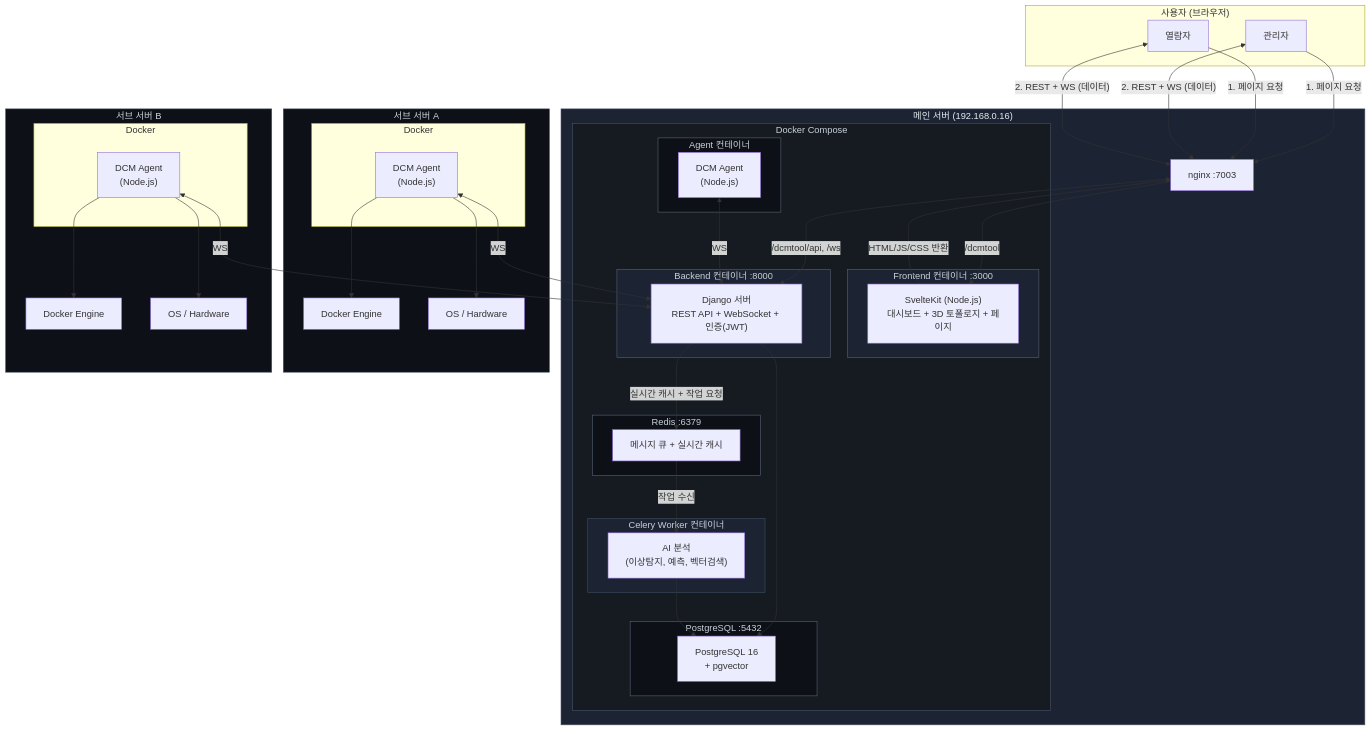
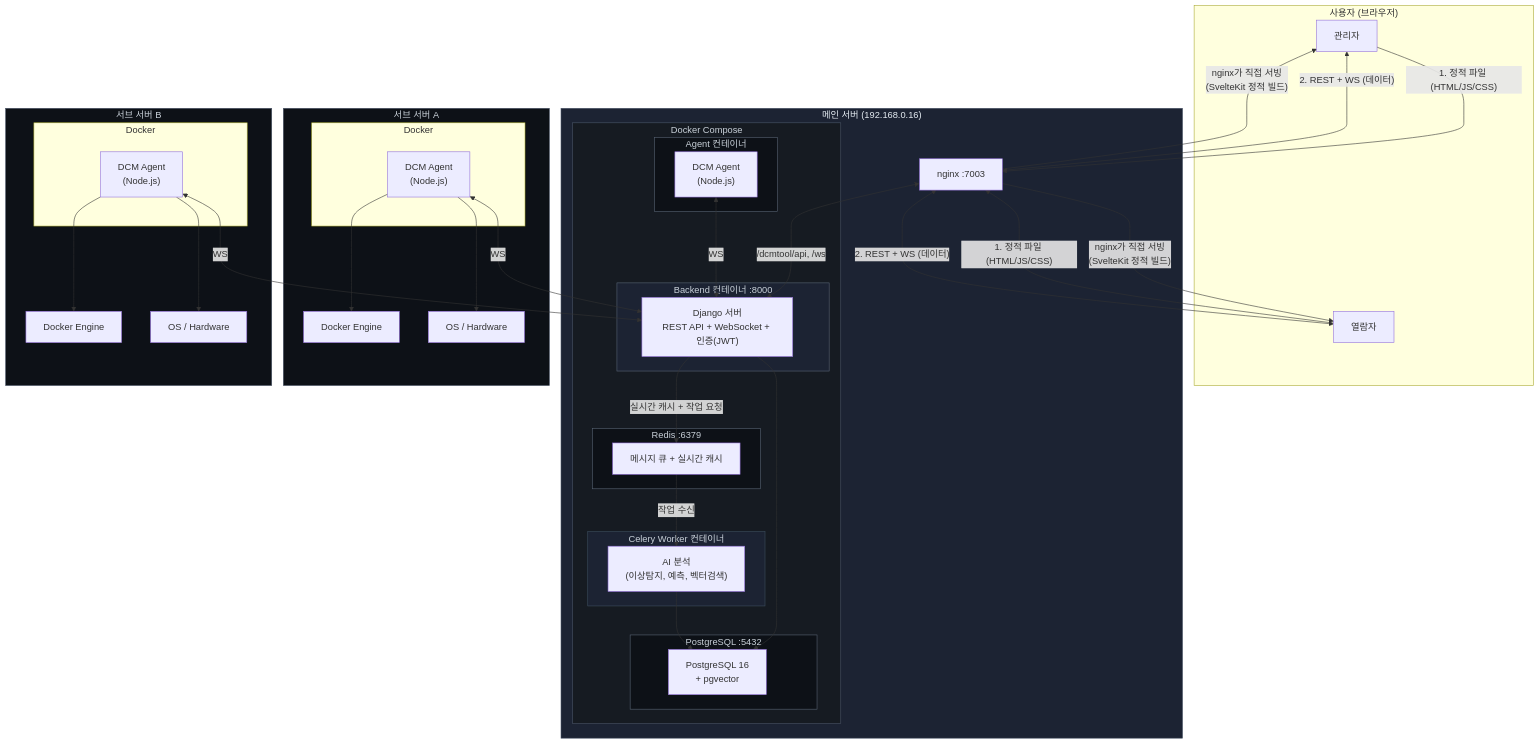
The first of 11 diagrams in docs/to-be-architecture.md (qkr7287/HyperCube), drawn with Mermaid before and after one commit. The commit also changed other lines of this file and 34 other files, not shown here.

```diff
--- a/docs/to-be-architecture.md
+++ b/docs/to-be-architecture.md
@@ -27,10 +27,6 @@
         Nginx["nginx :7003"]
 
         subgraph DockerMain["Docker Compose"]
-            subgraph FE["Frontend 컨테이너 :3000"]
-                SvelteKit["SvelteKit (Node.js)<br/>대시보드 + 3D 토폴로지 + 페이지"]
-            end
-
             subgraph BE["Backend 컨테이너 :8000"]
                 Django["Django 서버<br/>REST API + WebSocket + 인증(JWT)"]
             end
@@ -69,9 +65,8 @@
         System2["OS / Hardware"]
     end
 
-    Admin & Viewer -->|"1. 페이지 요청"| Nginx
-    Nginx -->|"/dcmtool"| SvelteKit
-    SvelteKit -->|"HTML/JS/CSS 반환"| Nginx
+    Admin & Viewer -->|"1. 정적 파일 (HTML/JS/CSS)"| Nginx
+    Nginx -->|"nginx가 직접 서빙<br/>(SvelteKit 정적 빌드)"| Admin & Viewer
 
     Admin & Viewer <-->|"2. REST + WS (데이터)"| Nginx
     Nginx <-->|"/dcmtool/api, /ws"| Django
@@ -92,7 +87,6 @@
 
     style MainServer fill:#1c2333,stroke:#4a5568,color:#e6edf3
     style DockerMain fill:#161b22,stroke:#4a5568,color:#c9d1d9
-    style FE fill:#1c2333,stroke:#586474,color:#c9d1d9
     style BE fill:#1c2333,stroke:#586474,color:#c9d1d9
     style CeleryC fill:#1c2333,stroke:#3d4f5f,color:#c9d1d9
     style RedisC fill:#0d1117,stroke:#586474,color:#c9d1d9
```
